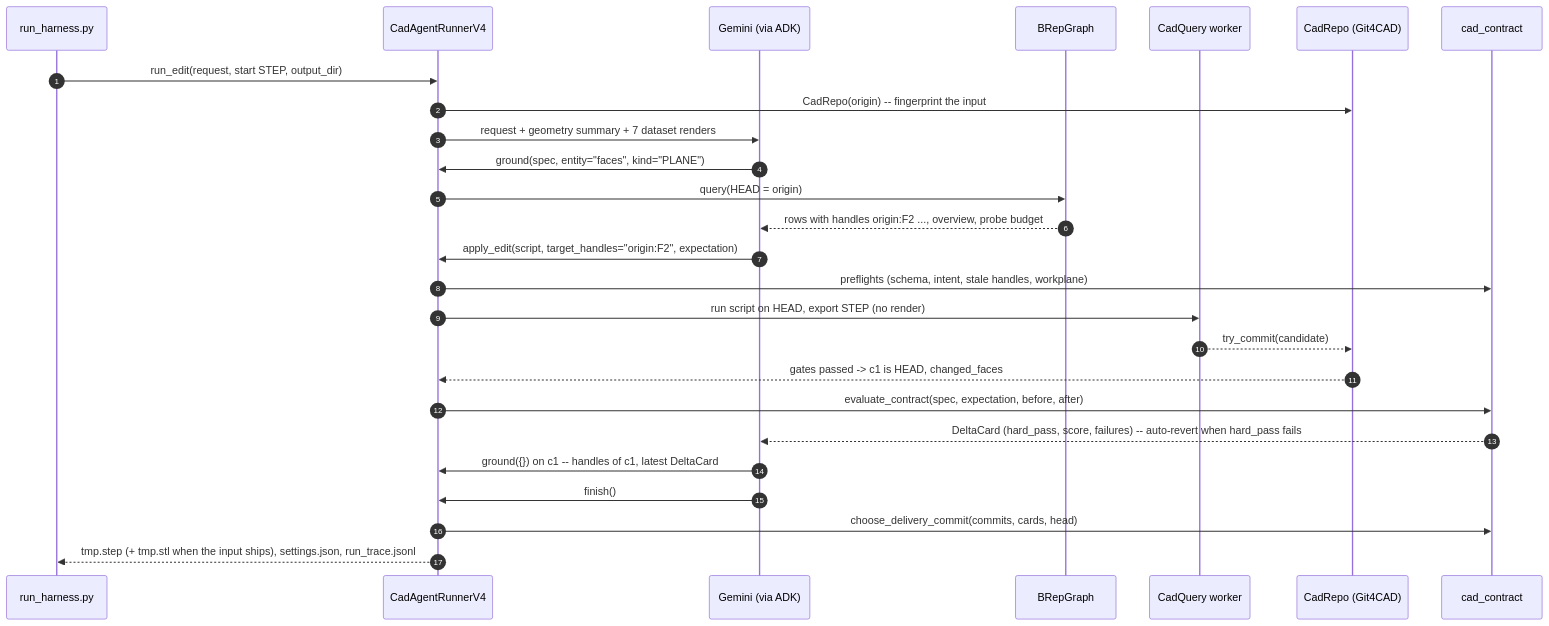
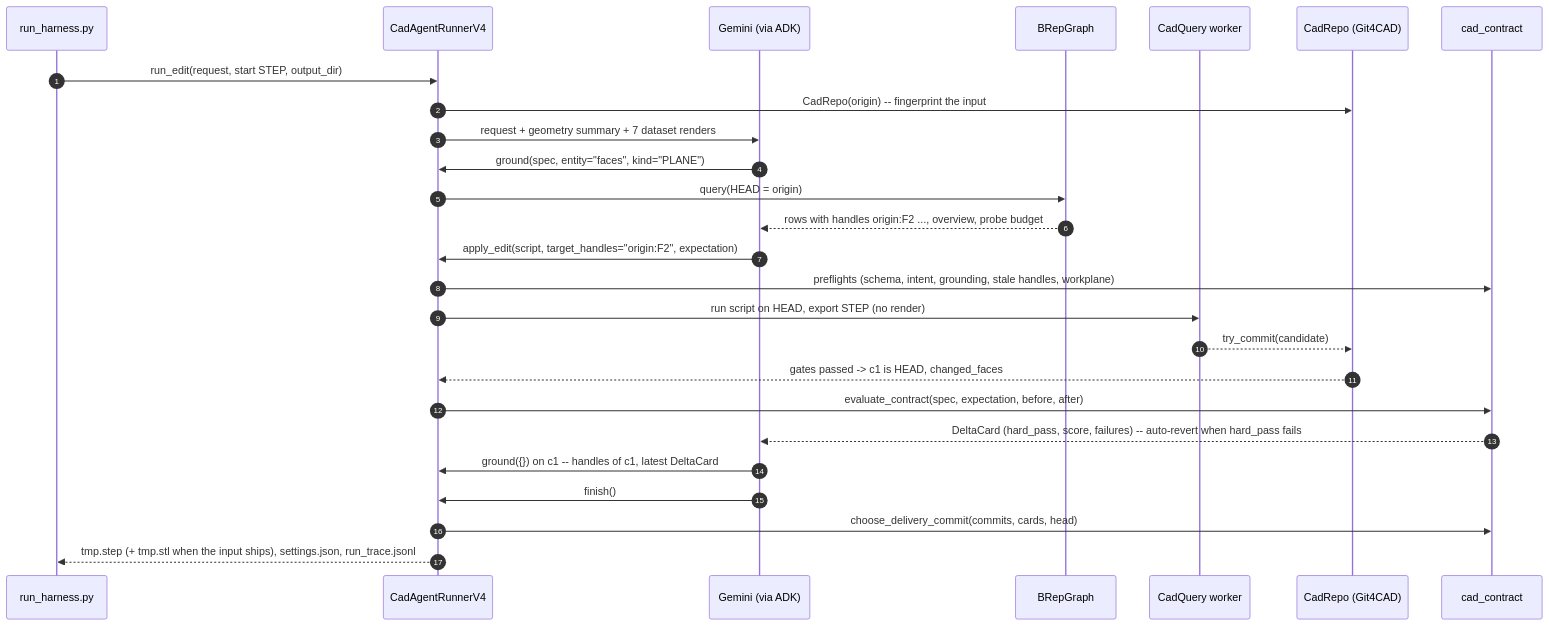
One commit to schaefer-iib-tu-darmstadt/IDETC26-Hackathon-Autodesk-neuralCAD-Edit changed the third of 3 diagrams in docs/ARCHITECTURE.md. Above: the diagram before and after it, drawn with Mermaid. The commit also changed other lines of this file and 4 other files, not shown here.

Commit message:
Docs: slim README; add REPRODUCING, CHANGES and walkthrough figure; fix ARCHITECTURE

````diff
--- a/docs/ARCHITECTURE.md
+++ b/docs/ARCHITECTURE.md
@@ -39,29 +99,29 @@
 ```mermaid
 sequenceDiagram
     autonumber
     participant H as run_harness.py
     participant A as CadAgentRunnerV4
     participant M as Gemini (via ADK)
     participant G as BRepGraph
     participant W as CadQuery worker
     participant R as CadRepo (Git4CAD)
     participant K as cad_contract
 
     H->>A: run_edit(request, start STEP, output_dir)
     A->>R: CadRepo(origin) -- fingerprint the input
     A->>M: request + geometry summary + 7 dataset renders
     M->>A: ground(spec, entity="faces", kind="PLANE")
     A->>G: query(HEAD = origin)
     G-->>M: rows with handles origin:F2 ..., overview, probe budget
     M->>A: apply_edit(script, target_handles="origin:F2", expectation)
-    A->>K: preflights (schema, intent, stale handles, workplane)
+    A->>K: preflights (schema, intent, grounding, stale handles, workplane)
     A->>W: run script on HEAD, export STEP (no render)
     W-->>R: try_commit(candidate)
     R-->>A: gates passed -> c1 is HEAD, changed_faces
     A->>K: evaluate_contract(spec, expectation, before, after)
     K-->>M: DeltaCard (hard_pass, score, failures) -- auto-revert when hard_pass fails
     M->>A: ground({}) on c1  -- handles of c1, latest DeltaCard
     M->>A: finish()
     A->>K: choose_delivery_commit(commits, cards, head)
     A-->>H: tmp.step (+ tmp.stl when the input ships), settings.json, run_trace.jsonl
 ```
````
